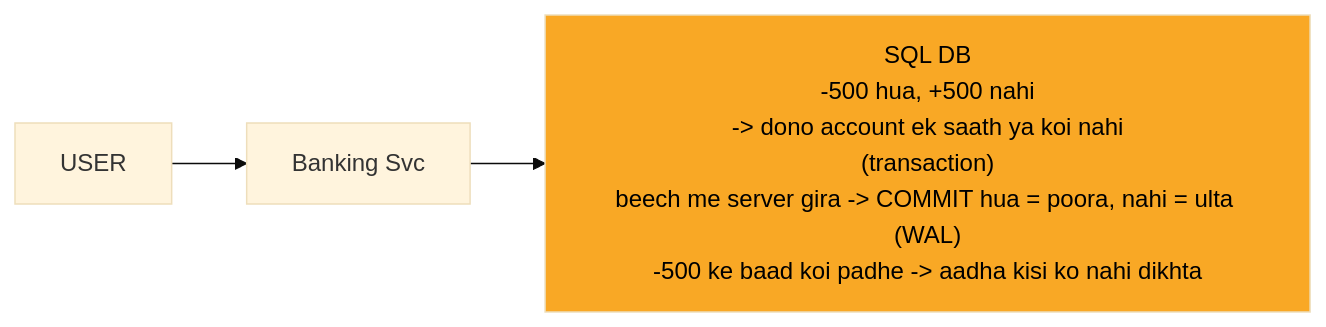
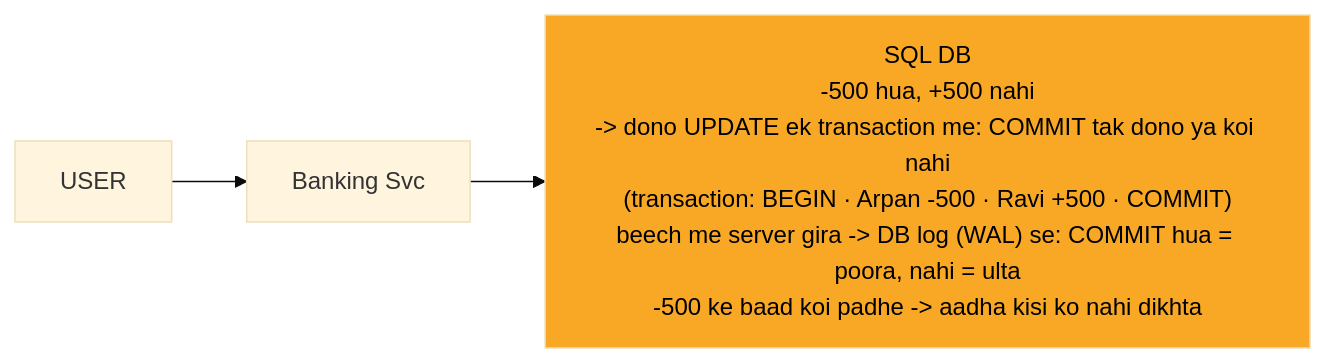
The second of 13 diagrams in 04_HLD/SYSTEM_DESIGNS/13_banking_system/13_banking_system.md (ArpanMaheshwari144/Prep), drawn with Mermaid (base theme) before and after one commit. The commit also changed other lines of this file, not shown here.

Commit message:
banking card 1-2: dabbe me definition (transaction / idempotency key), neeche DIKKAT + HAL hataya (pilot)

````diff
--- a/04_HLD/SYSTEM_DESIGNS/13_banking_system/13_banking_system.md
+++ b/04_HLD/SYSTEM_DESIGNS/13_banking_system/13_banking_system.md
@@ -92,10 +92,10 @@
 ```mermaid
 %%{init: {"flowchart": {"wrappingWidth": 450}}}%%
 flowchart LR
     n_USER["USER"]
     n_SVC["Banking Svc"]
-    n_DB["SQL DB<br/>-500 hua, +500 nahi<br/>-> dono account ek saath ya koi nahi<br/>(transaction)<br/>beech me server gira -> COMMIT hua = poora, nahi = ulta (WAL)<br/>-500 ke baad koi padhe -> aadha kisi ko nahi dikhta"]
+    n_DB["SQL DB<br/>-500 hua, +500 nahi<br/>-> dono UPDATE ek transaction me: COMMIT tak dono ya koi nahi<br/>(transaction: BEGIN · Arpan -500 · Ravi +500 · COMMIT)<br/>beech me server gira -> DB log (WAL) se: COMMIT hua = poora, nahi = ulta<br/>-500 ke baad koi padhe -> aadha kisi ko nahi dikhta"]
     n_USER --> n_SVC
     n_SVC --> n_DB
     style n_DB fill:#f9a825,color:#000
 ```
````
